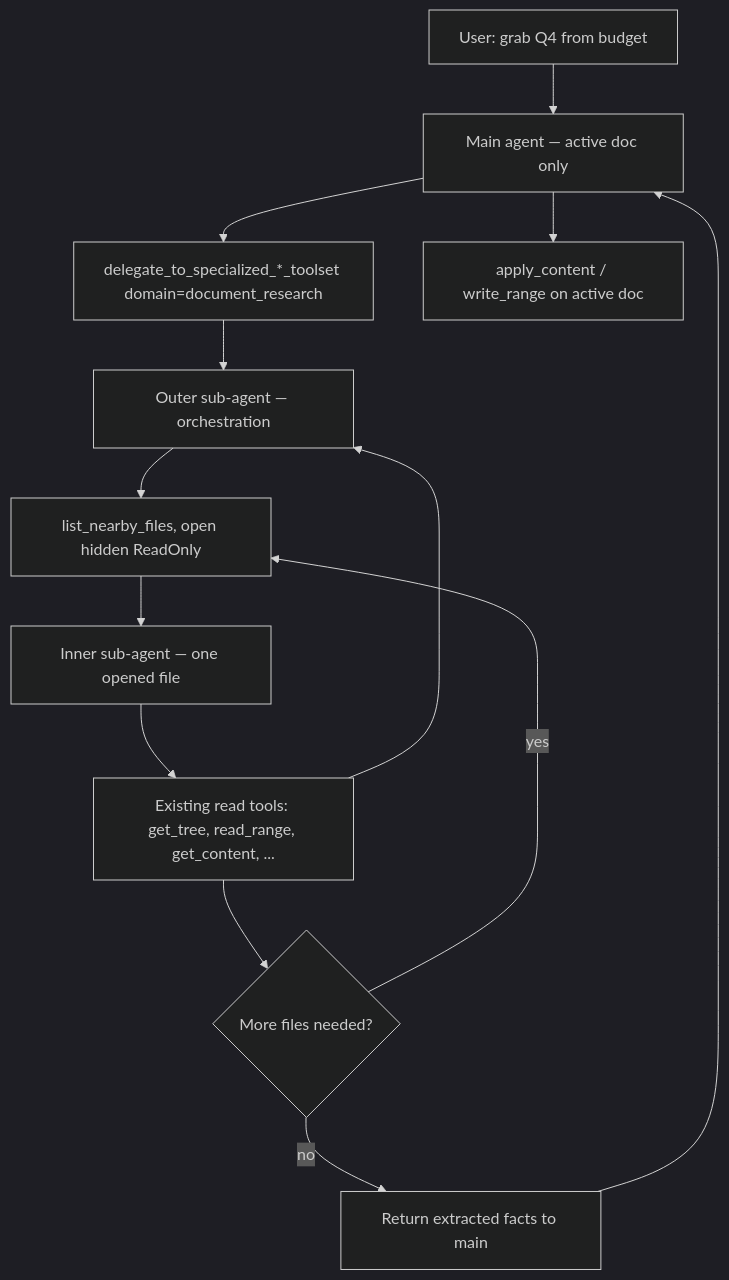
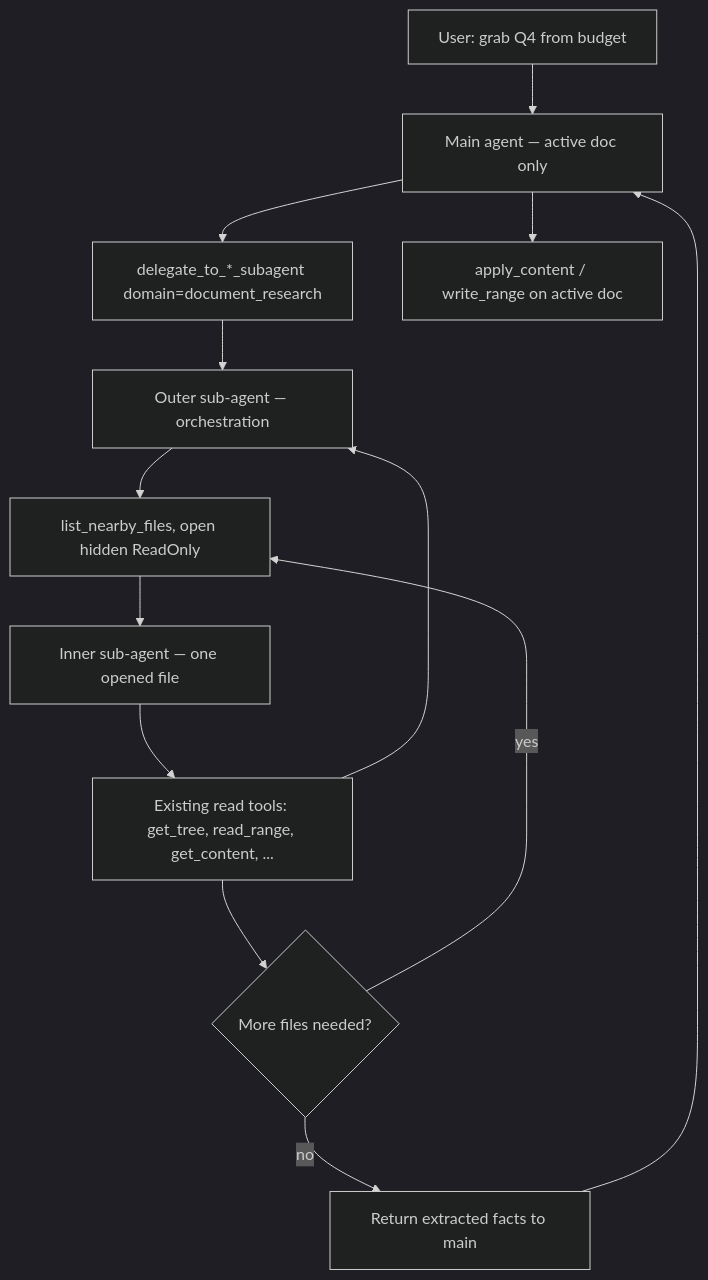
The second of 3 diagrams in docs/chat/multi-document-dev-plan.md (KeithCu/writeragent), drawn with Mermaid (dark theme) before and after one commit. The commit also changed other lines of this file and 83 other files, not shown here.

````diff
--- a/docs/chat/multi-document-dev-plan.md
+++ b/docs/chat/multi-document-dev-plan.md
@@ -101,22 +101,22 @@
 ```mermaid
 flowchart TD
     UserMsg["User: grab Q4 from budget"]
     MainAgent["Main agent — active doc only"]
-    Delegate["delegate_to_specialized_*_toolset domain=document_research"]
+    Delegate["delegate_to_*_subagent domain=document_research"]
     Outer["Outer sub-agent — orchestration"]
     ListOpen["list_nearby_files, open hidden ReadOnly"]
     Inner["Inner sub-agent — one opened file"]
     ReadTools["Existing read tools: get_tree, read_range, get_content, ..."]
     MoreFiles{"More files needed?"}
     OuterReturn["Return extracted facts to main"]
     WriteActive["apply_content / write_range on active doc"]
 
     UserMsg --> MainAgent
     MainAgent --> Delegate --> Outer
     Outer --> ListOpen --> Inner
     Inner --> ReadTools --> Outer
     ReadTools --> MoreFiles
     MoreFiles -->|yes| ListOpen
     MoreFiles -->|no| OuterReturn --> MainAgent
     MainAgent --> WriteActive
 ```
````
